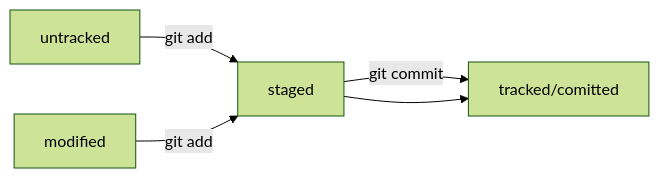
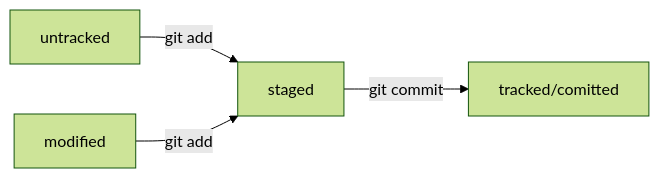
Before and after one commit to nojohnbond/practical-work-1: the diagram in README.md, drawn with Mermaid (forest theme).

Commit message:
Тестируем mermaid схему-3

````diff
--- a/README.md
+++ b/README.md
@@ -249,9 +249,8 @@
 ```mermaid
 graph LR;
   untracked -- "git add" --> staged;
   staged    -- "git commit"     --> tracked/comitted;
 
 %% вариант изменения отслеживаемого файла: 
   modified -- "git add" --> staged;
-  staged --> tracked/comitted;
 ```
````
